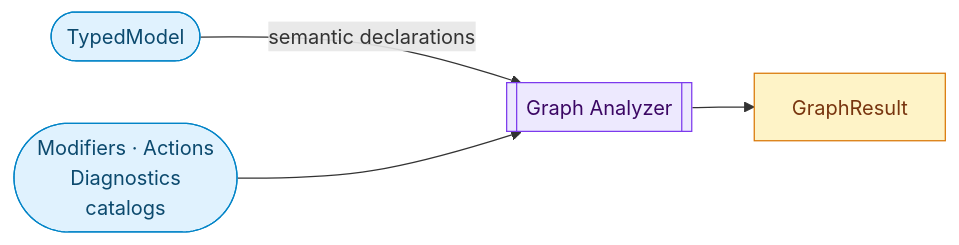
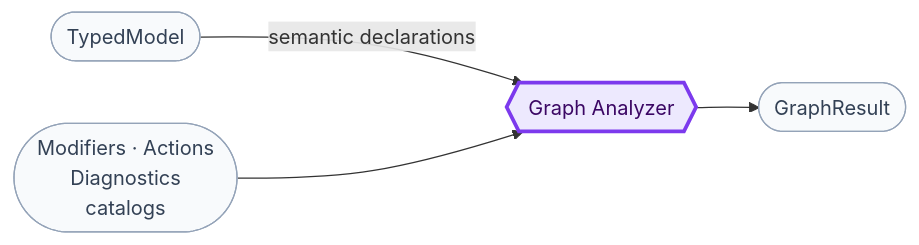
Before and after one commit to sfalik/Precept: the fifth of 9 diagrams in docs/compiler-and-runtime-design.md, drawn with Mermaid. The commit also changed other lines of this file, not shown here.

Commit message:
docs: fix diagram shape consistency and visual hierarchy in §4–§11

````diff
--- a/docs/compiler-and-runtime-design.md
+++ b/docs/compiler-and-runtime-design.md
@@ -355,15 +352,14 @@
 ```mermaid
 flowchart LR
-    TM(["TypedModel"]):::input
-    CAT(["Modifiers · Actions\nDiagnostics\ncatalogs"]):::input
-    GA[["Graph Analyzer"]]:::stage
-    OUT["GraphResult"]:::artifact
+    classDef data fill:#f8fafc,stroke:#94a3b8,color:#334155
+    classDef stage fill:#ede9fe,stroke:#7c3aed,stroke-width:3px,color:#3b0764
+
+    TM(["TypedModel"]):::data
+    CAT(["Modifiers · Actions\nDiagnostics\ncatalogs"]):::data
+    GA{{"Graph Analyzer"}}:::stage
+    OUT(["GraphResult"]):::data
 
     TM -->|"semantic declarations"| GA
     CAT --> GA
     GA --> OUT
-
-    classDef input fill:#e0f2fe,stroke:#0284c7,color:#0c4a6e
-    classDef stage fill:#ede9fe,stroke:#7c3aed,color:#3b0764
-    classDef artifact fill:#fef3c7,stroke:#d97706,color:#78350f
 ```
````
